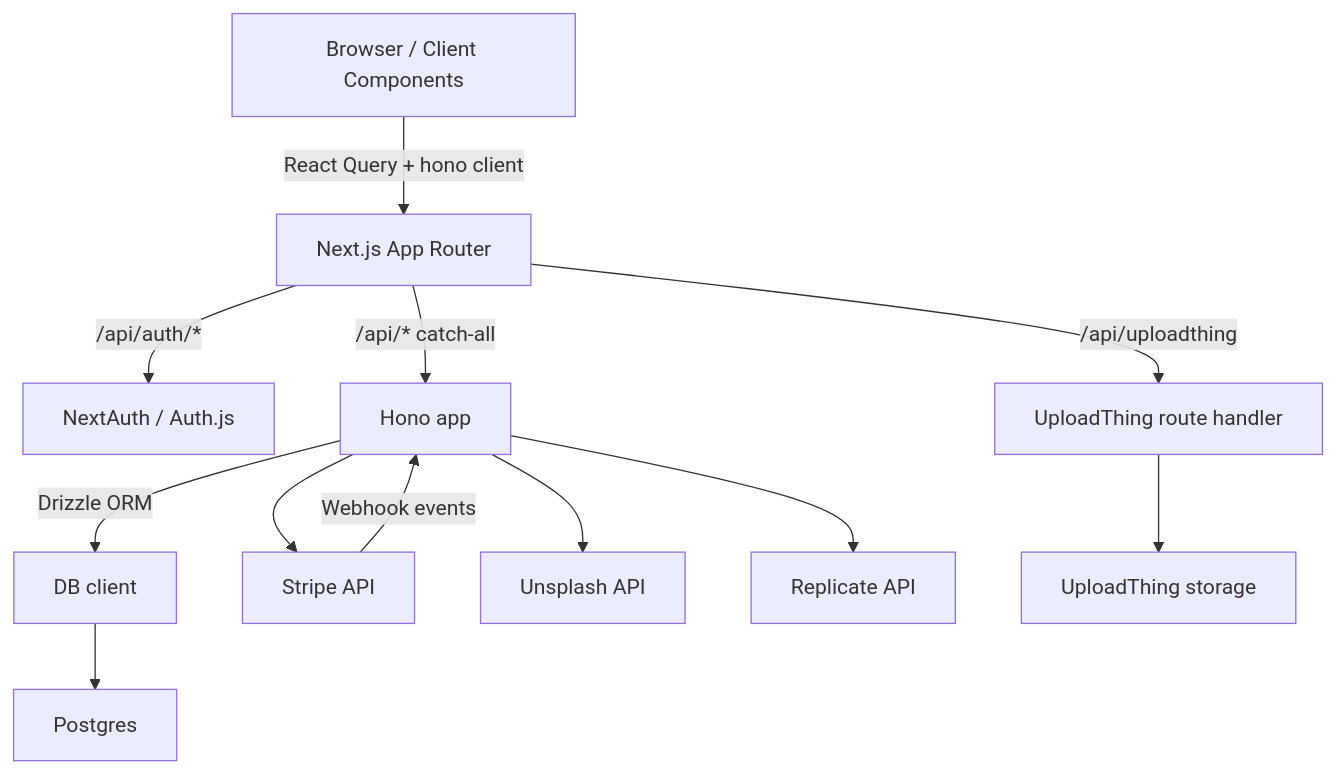
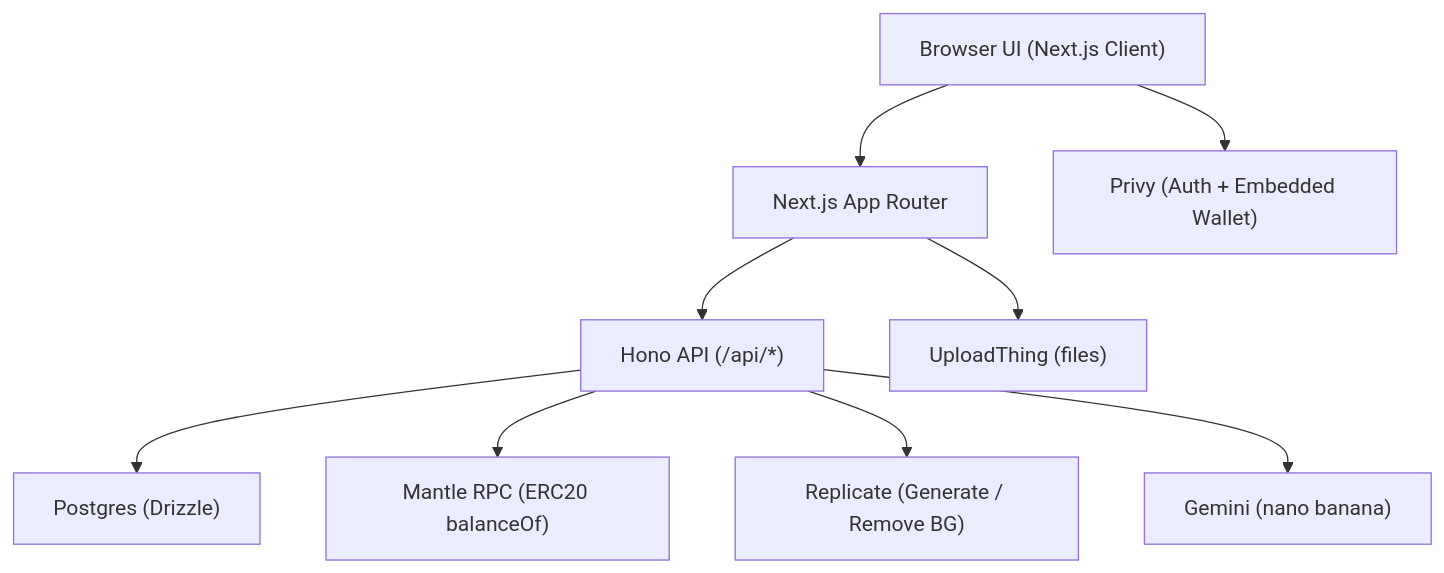
Before and after one commit to kevinsslin/pigcasso-canva: the first of 4 diagrams in docs/foundamental.md, drawn with Mermaid. The commit also changed other lines of this file and 5 other files, not shown here.

````diff
--- a/docs/foundamental.md
+++ b/docs/foundamental.md
@@ -76,18 +54,11 @@
 ```mermaid
 flowchart TD
-  B["Browser / Client Components"] -->|React Query + hono client| N["Next.js App Router"]
-
-  N -->|/api/auth/*| A["NextAuth / Auth.js"]
-  N -->|/api/uploadthing| U["UploadThing route handler"]
-  N -->|/api/* catch-all| H["Hono app"]
-
-  H -->|Drizzle ORM| D["DB client"]
-  D --> P["Postgres"]
-
-  H --> S["Stripe API"]
-  S -->|Webhook events| H
-
-  H --> US["Unsplash API"]
-  H --> R["Replicate API"]
-  U --> UT["UploadThing storage"]
+  UI["Browser UI (Next.js Client)"] --> NX["Next.js App Router"]
+  NX --> API["Hono API (/api/*)"]
+  API --> DB["Postgres (Drizzle)"]
+  UI --> Privy["Privy (Auth + Embedded Wallet)"]
+  API --> RPC["Mantle RPC (ERC20 balanceOf)"]
+  API --> Replicate["Replicate (Generate / Remove BG)"]
+  API --> Gemini["Gemini (nano banana)"]
+  NX --> UT["UploadThing (files)"]
 ```
````
